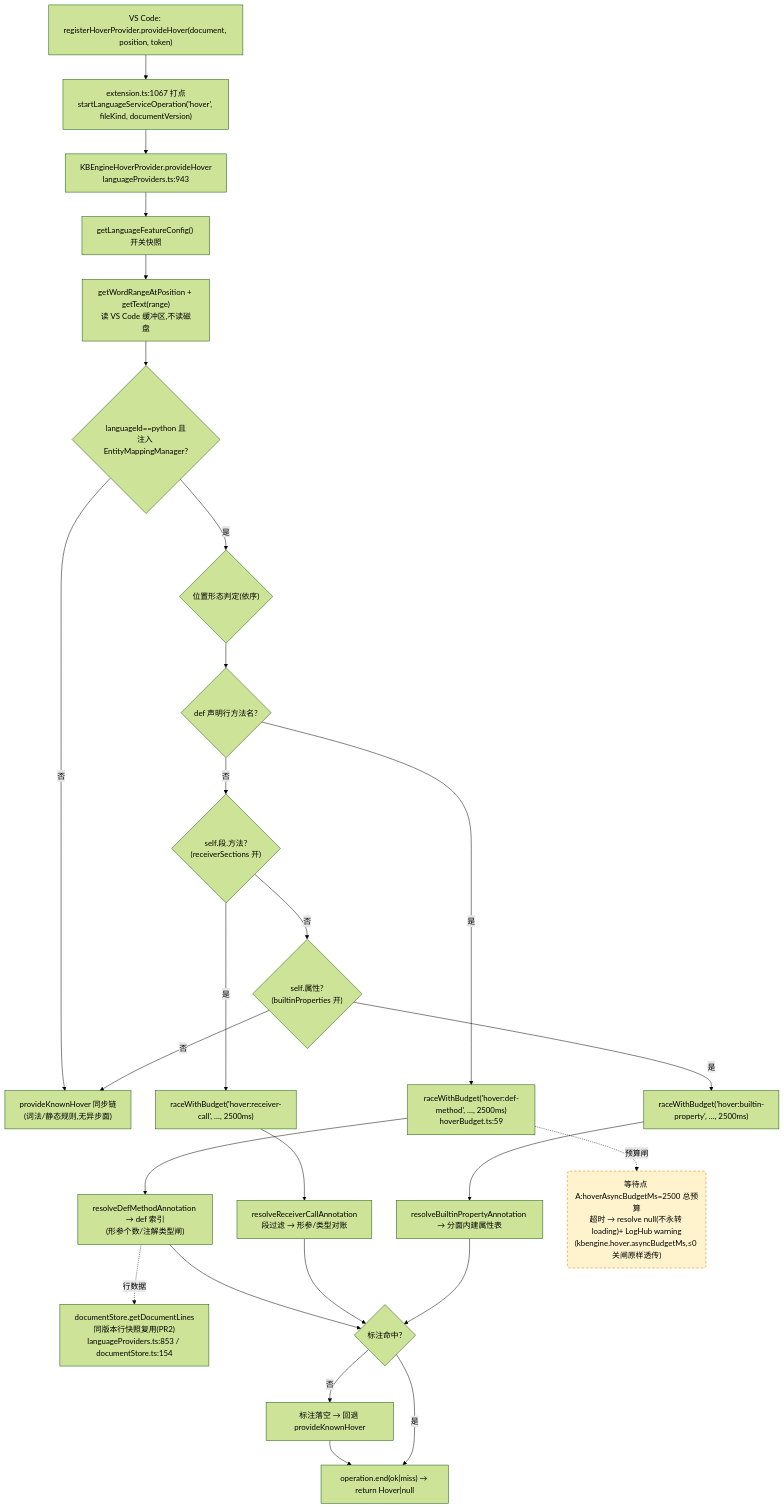
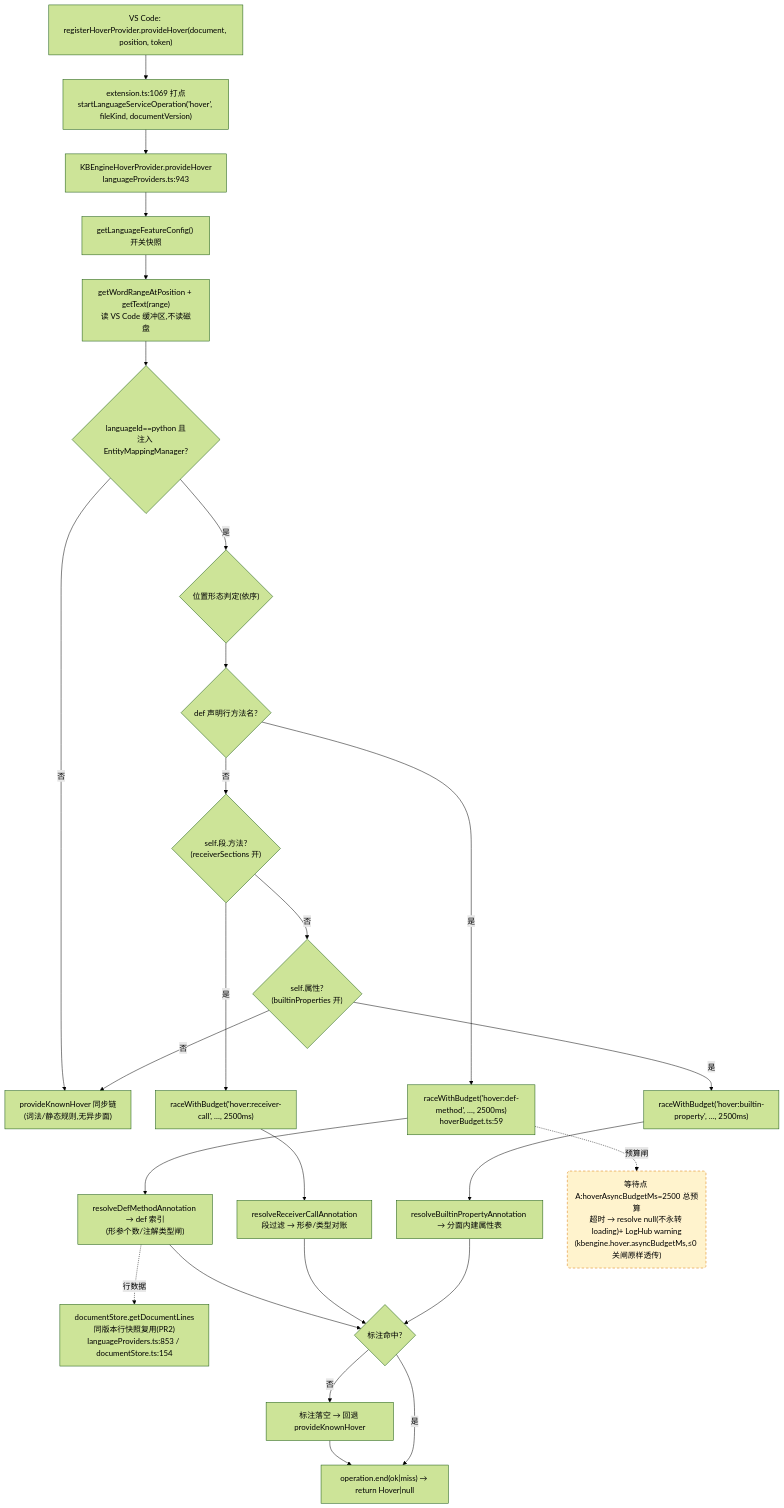
The first of 4 diagrams in docs/perf/2026-baseline.md (cuihairu/kode), drawn with Mermaid (forest theme) before and after one commit. The commit also changed other lines of this file and 92 other files, not shown here.

````diff
--- a/docs/perf/2026-baseline.md
+++ b/docs/perf/2026-baseline.md
@@ -82,45 +82,45 @@
 ```mermaid
 flowchart TD
   VC1["VS Code: registerHoverProvider.provideHover(document, position, token)"]
-  M1["extension.ts:1067 打点<br/>startLanguageServiceOperation('hover', fileKind, documentVersion)"]
+  M1["extension.ts:1069 打点<br/>startLanguageServiceOperation('hover', fileKind, documentVersion)"]
   HP["KBEngineHoverProvider.provideHover<br/>languageProviders.ts:943"]
   CFG["getLanguageFeatureConfig() 开关快照"]
   WORD["getWordRangeAtPosition + getText(range)<br/>读 VS Code 缓冲区,不读磁盘"]
   BR{"languageId==python 且<br/>注入 EntityMappingManager?"}
   KN["provideKnownHover 同步链<br/>(词法/静态规则,无异步面)"]
   POS{"位置形态判定(依序)"}
   D1{"def 声明行方法名?"}
   D2{"self.段.方法?<br/>(receiverSections 开)"}
   D3{"self.属性?<br/>(builtinProperties 开)"}
   RA1["raceWithBudget('hover:def-method', …, 2500ms)<br/>hoverBudget.ts:59"]
   RA2["raceWithBudget('hover:receiver-call', …, 2500ms)"]
   RA3["raceWithBudget('hover:builtin-property', …, 2500ms)"]
   RS1["resolveDefMethodAnnotation → def 索引<br/>(形参个数/注解类型闸)"]
   RS2["resolveReceiverCallAnnotation<br/>段过滤 → 形参/类型对账"]
   RS3["resolveBuiltinPropertyAnnotation → 分面内建属性表"]
   LINES["documentStore.getDocumentLines<br/>同版本行快照复用(PR2)<br/>languageProviders.ts:853 / documentStore.ts:154"]
   MISS["标注落空 → 回退 provideKnownHover"]
   END1["operation.end(ok|miss) → return Hover|null"]
 
   VC1 --> M1 --> HP --> CFG --> WORD --> BR
   BR -- "否" --> KN
   BR -- "是" --> POS --> D1
   D1 -- "是" --> RA1 --> RS1
   D1 -- "否" --> D2
   D2 -- "是" --> RA2 --> RS2
   D2 -- "否" --> D3
   D3 -- "是" --> RA3 --> RS3
   D3 -- "否" --> KN
   RS1 --> HIT{"标注命中?"}
   RS2 --> HIT
   RS3 --> HIT
   RS1 -.->|行数据| LINES
   HIT -- "否" --> MISS --> END1
   HIT -- "是" --> END1
 
   WAITA("等待点 A:hoverAsyncBudgetMs=2500 总预算<br/>超时 → resolve null(不永转 loading)+ LogHub warning<br/>(kbengine.hover.asyncBudgetMs,≤0 关闸原样透传)")
   RA1 -.->|预算闸| WAITA
 
   classDef waitPoint fill:#fff3cd,stroke:#d97706,stroke-dasharray:5 4;
   class WAITA waitPoint;
 ```
````
